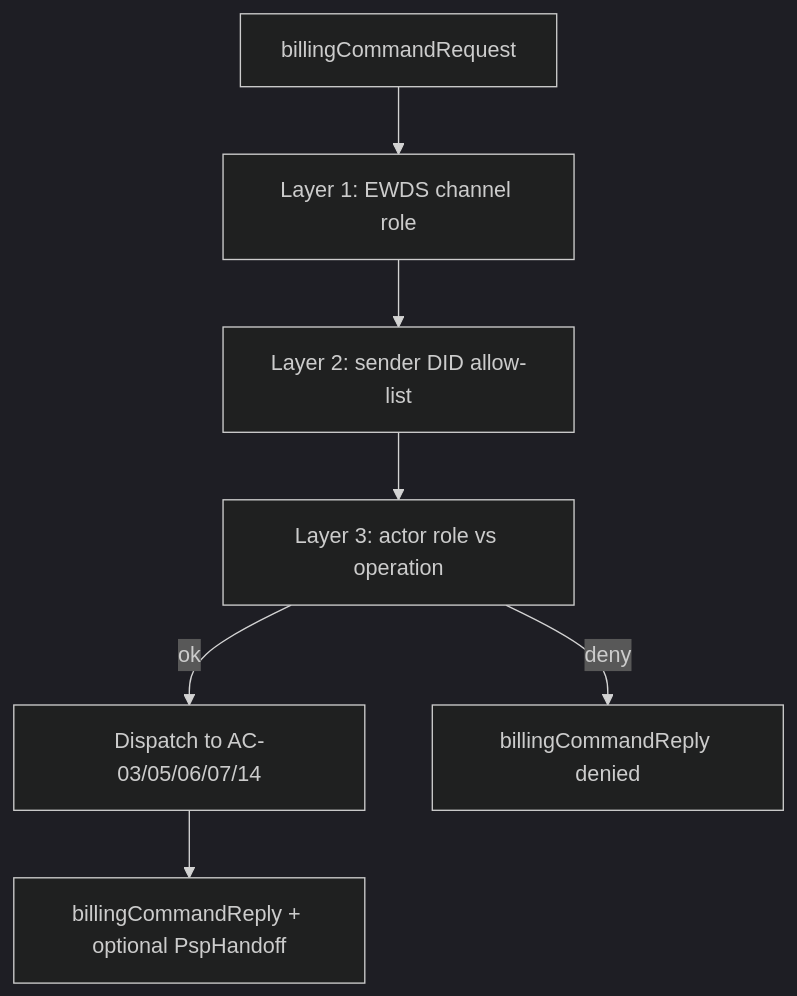
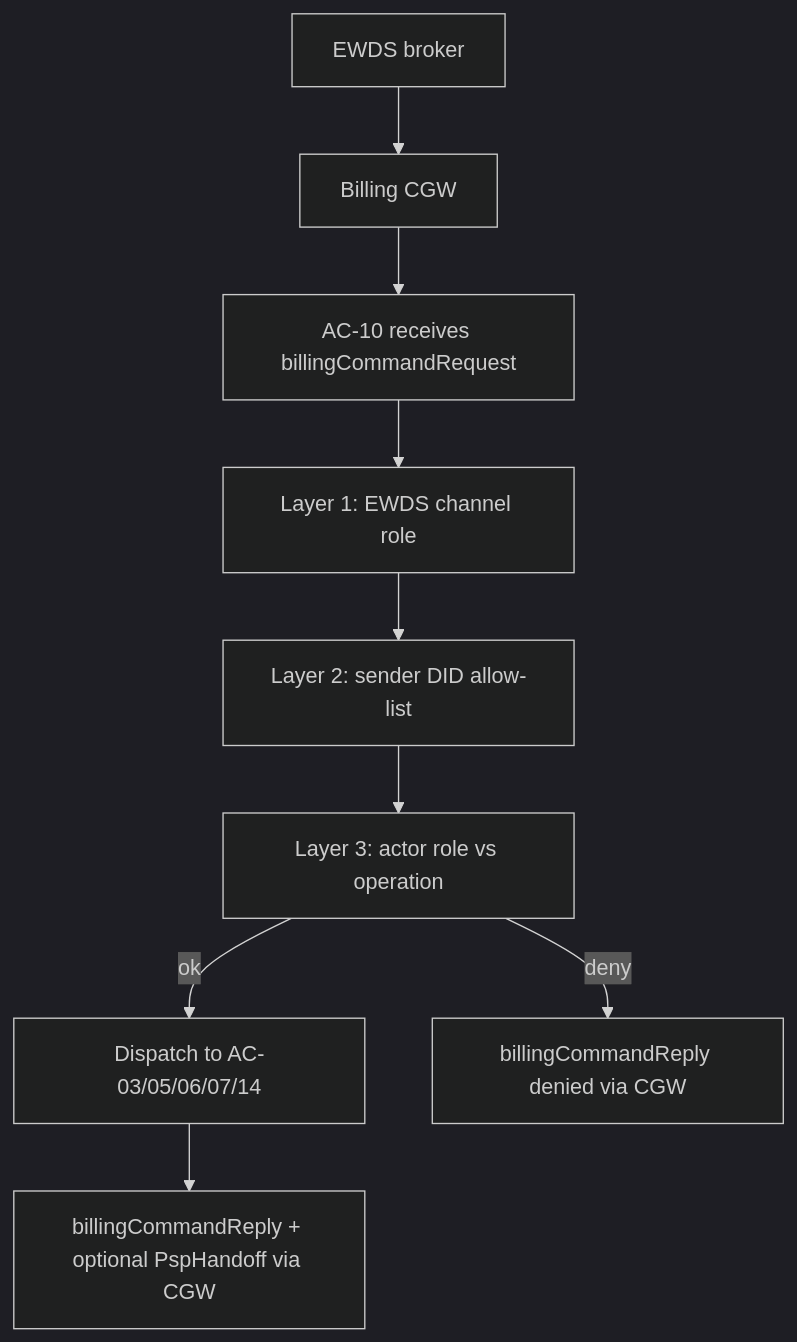
Before and after one commit to blooo-io/intelligent-eu-bps-source: diagram 13 of 14 in docs/architecture/07-scenario-flows.md, drawn with Mermaid (dark theme). The commit also changed other lines of this file, not shown here.

First line of the commit message:
docs(INT-450): show Billing CGW on every EWDS scenario flow (#224)

````diff
--- a/docs/architecture/07-scenario-flows.md
+++ b/docs/architecture/07-scenario-flows.md
@@ -320,10 +368,12 @@
 ```mermaid
 %% elk %%
 flowchart TB
-  REQ[billingCommandRequest] --> L1[Layer 1: EWDS channel role]
+  EWDS[EWDS broker] --> CGW[Billing CGW]
+  CGW --> REQ[AC-10 receives billingCommandRequest]
+  REQ --> L1[Layer 1: EWDS channel role]
   L1 --> L2[Layer 2: sender DID allow-list]
   L2 --> L3[Layer 3: actor role vs operation]
   L3 -->|ok| DISP[Dispatch to AC-03/05/06/07/14]
-  L3 -->|deny| REJ[billingCommandReply denied]
-  DISP --> REPLY[billingCommandReply + optional PspHandoff]
+  L3 -->|deny| REJ[billingCommandReply denied via CGW]
+  DISP --> REPLY[billingCommandReply + optional PspHandoff via CGW]
 ```
````
